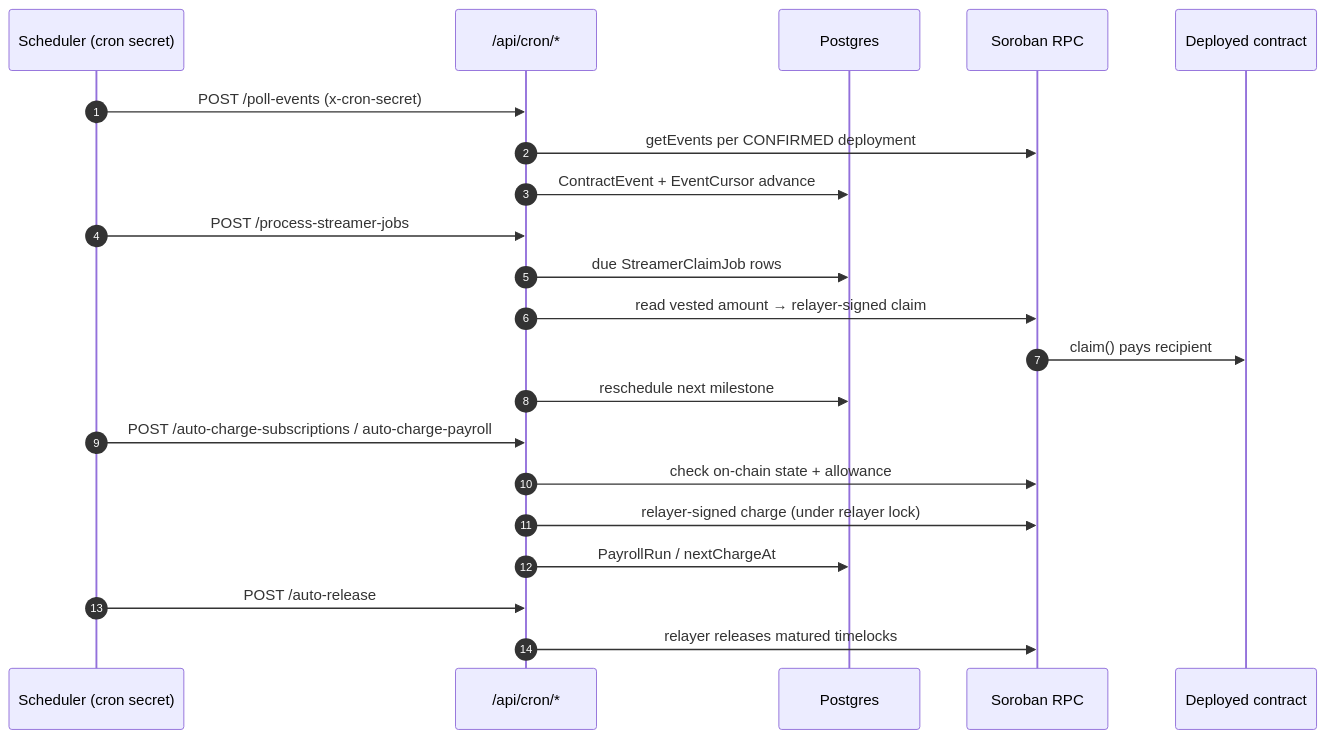
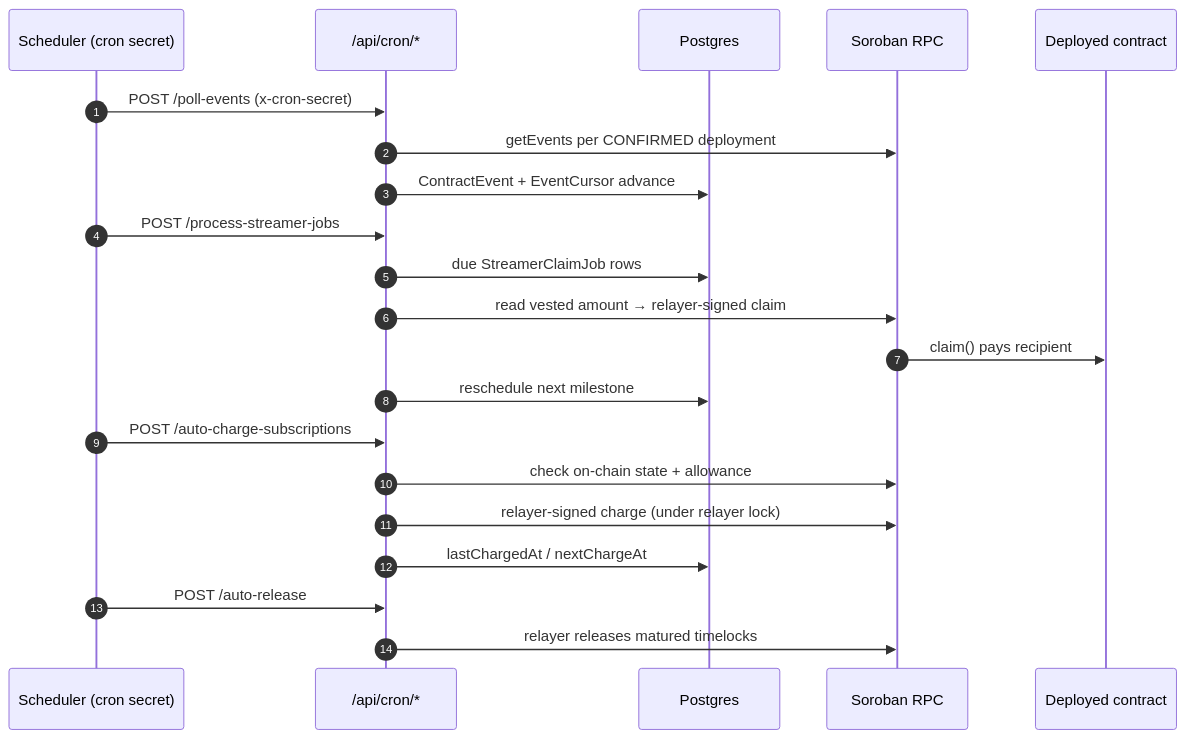
One commit to artisam-paiflow/paiflow changed the fifth of 5 diagrams in docs/architecture-diagrams.md. Above: the diagram before and after it, drawn with Mermaid. The commit also changed other lines of this file and 176 other files, not shown here.

````diff
--- a/docs/architecture-diagrams.md
+++ b/docs/architecture-diagrams.md
@@ -173,28 +173,28 @@
 ```mermaid
 sequenceDiagram
     autonumber
     participant Sched as Scheduler (cron secret)
     participant Cron as /api/cron/*
     participant DB as Postgres
     participant RPC as Soroban RPC
     participant C as Deployed contract
 
     Sched->>Cron: POST /poll-events (x-cron-secret)
     Cron->>RPC: getEvents per CONFIRMED deployment
     Cron->>DB: ContractEvent + EventCursor advance
 
     Sched->>Cron: POST /process-streamer-jobs
     Cron->>DB: due StreamerClaimJob rows
     Cron->>RPC: read vested amount → relayer-signed claim
     RPC->>C: claim() pays recipient
     Cron->>DB: reschedule next milestone
 
-    Sched->>Cron: POST /auto-charge-subscriptions / auto-charge-payroll
+    Sched->>Cron: POST /auto-charge-subscriptions
     Cron->>RPC: check on-chain state + allowance
     Cron->>RPC: relayer-signed charge (under relayer lock)
-    Cron->>DB: PayrollRun / nextChargeAt
+    Cron->>DB: lastChargedAt / nextChargeAt
 
     Sched->>Cron: POST /auto-release
     Cron->>RPC: relayer releases matured timelocks
 
 ```
````
